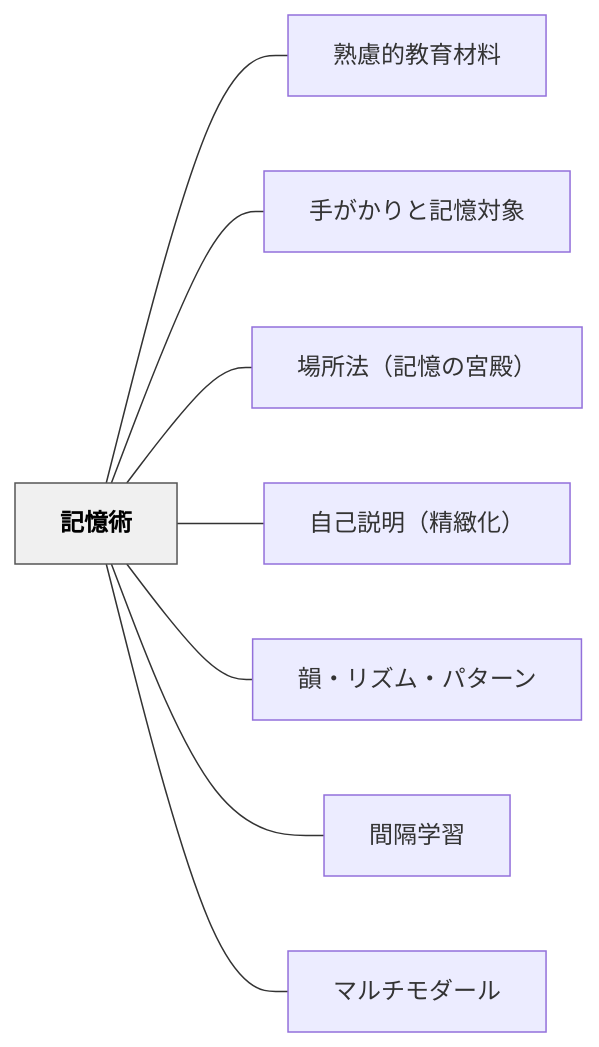
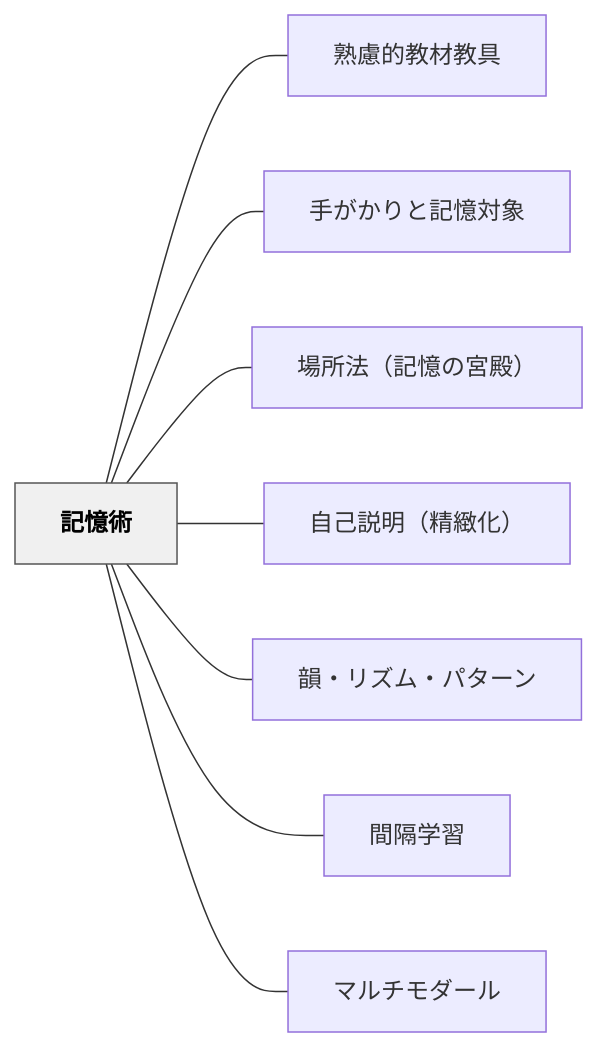
One commit to unknownthings-ed-patterns/unknownthings-ed-patterns changed the diagram in content/パタン/記憶術.md. Above: the diagram before and after it, drawn with Mermaid. The commit also changed 72 other files, not shown here.

````diff
--- a/content/パタン/記憶術.md
+++ b/content/パタン/記憶術.md
@@ -98,22 +98,22 @@
 ```mermaid
 flowchart LR
     ne8a898e686b6e8a193["記憶術"]
-    ne7869fe685aee79a84e69599e882b2e69d90e69699["熟慮的教育材料"]
+    ne7869fe685aee79a84e69599e69d90e69599e585b7["熟慮的教材教具"]
     ne6898be3818ce3818be3828ae381a8e8a898e686b6e5afbee8b1a1["手がかりと記憶対象"]
     ne5a0b4e68980e6b395efbc88e8a898e686b6e381aee5aeaee6aebfefbc89["場所法（記憶の宮殿）"]
     ne887aae5b7b1e8aaace6988eefbc88e7b2bee7b7bbe58c96efbc89["自己説明（精緻化）"]
     ne99fbbe383bbe383aae382bae383a0e383bbe38391e382bfe383bce383b3["韻・リズム・パターン"]
     ne99693e99a94e5ada6e7bf92["間隔学習"]
     ne3839ee383abe38381e383a2e38380e383bce383ab["マルチモダール"]
 
-    ne8a898e686b6e8a193 --- ne7869fe685aee79a84e69599e882b2e69d90e69699
+    ne8a898e686b6e8a193 --- ne7869fe685aee79a84e69599e69d90e69599e585b7
     ne8a898e686b6e8a193 --- ne6898be3818ce3818be3828ae381a8e8a898e686b6e5afbee8b1a1
     ne8a898e686b6e8a193 --- ne5a0b4e68980e6b395efbc88e8a898e686b6e381aee5aeaee6aebfefbc89
     ne8a898e686b6e8a193 --- ne887aae5b7b1e8aaace6988eefbc88e7b2bee7b7bbe58c96efbc89
     ne8a898e686b6e8a193 --- ne99fbbe383bbe383aae382bae383a0e383bbe38391e382bfe383bce383b3
     ne8a898e686b6e8a193 --- ne99693e99a94e5ada6e7bf92
     ne8a898e686b6e8a193 --- ne3839ee383abe38381e383a2e38380e383bce383ab
 
     classDef hub fill:#f0f0f0,stroke:#555,color:#000,font-weight:bold
     class ne8a898e686b6e8a193 hub
 ```
````
